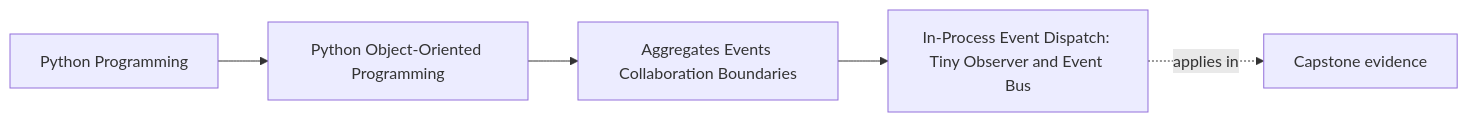
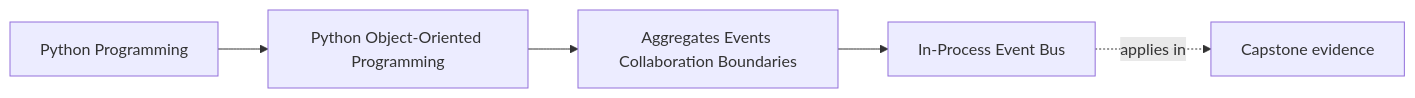
One commit to bijux/bijux-masterclass changed the first of 2 diagrams in programs/python-programming/python-object-oriented-programming/course-book/module-04-aggregates-events-collaboration-boundaries/in-process-event-bus.md. Above: the diagram before and after it, drawn with Mermaid. The commit also changed other lines of this file, not shown here.

Commit message:
docs(oop): bound local event dispatch to readable consequences

````diff
--- a/programs/python-programming/python-object-oriented-programming/course-book/module-04-aggregates-events-collaboration-boundaries/in-process-event-bus.md
+++ b/programs/python-programming/python-object-oriented-programming/course-book/module-04-aggregates-events-collaboration-boundaries/in-process-event-bus.md
@@ -7,11 +6,11 @@
 ```mermaid
 graph LR
   family["Python Programming"]
   program["Python Object-Oriented Programming"]
   section["Aggregates Events Collaboration Boundaries"]
-  page["In-Process Event Dispatch: Tiny Observer and Event Bus"]
+  page["In-Process Event Bus"]
   capstone["Capstone evidence"]
 
   family --> program --> section --> page
   page -.applies in.-> capstone
 ```
````
